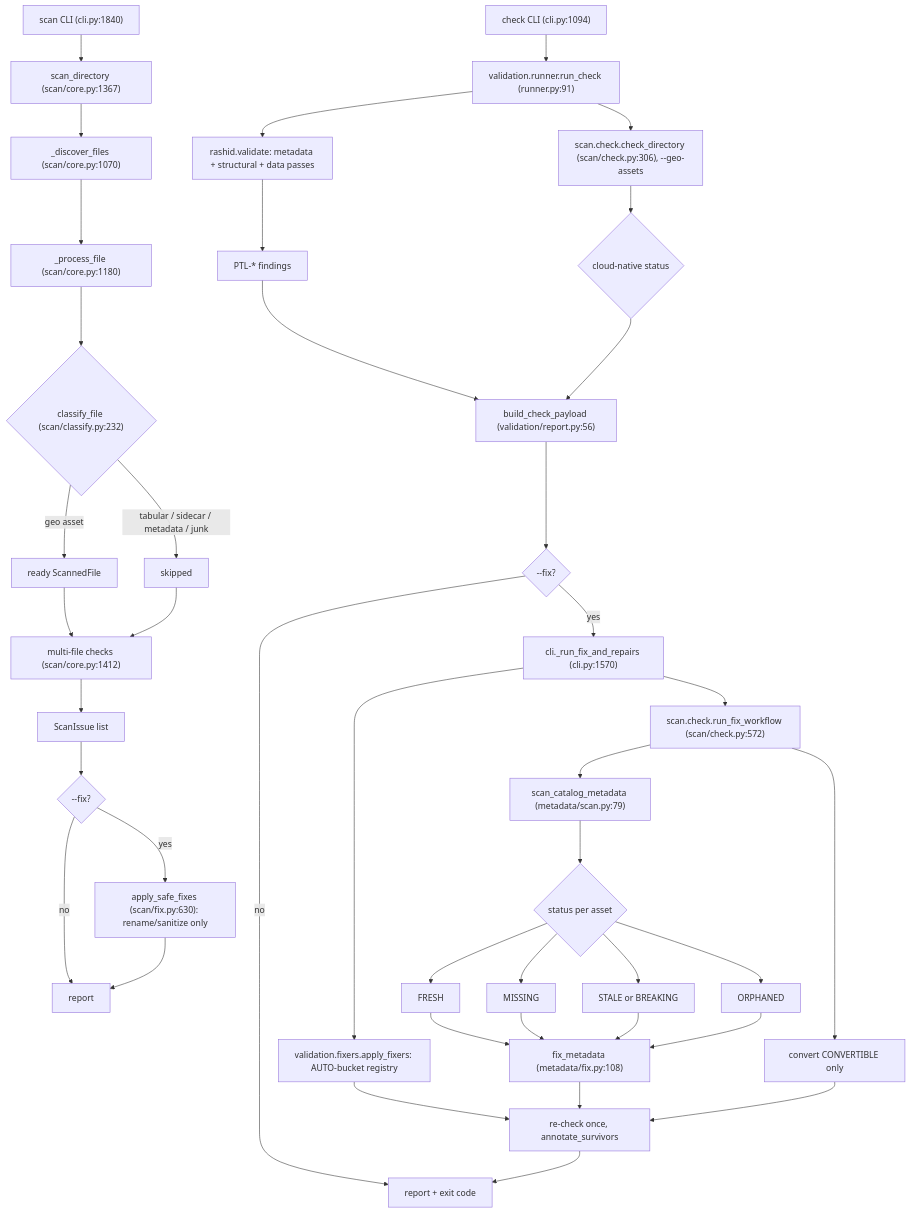
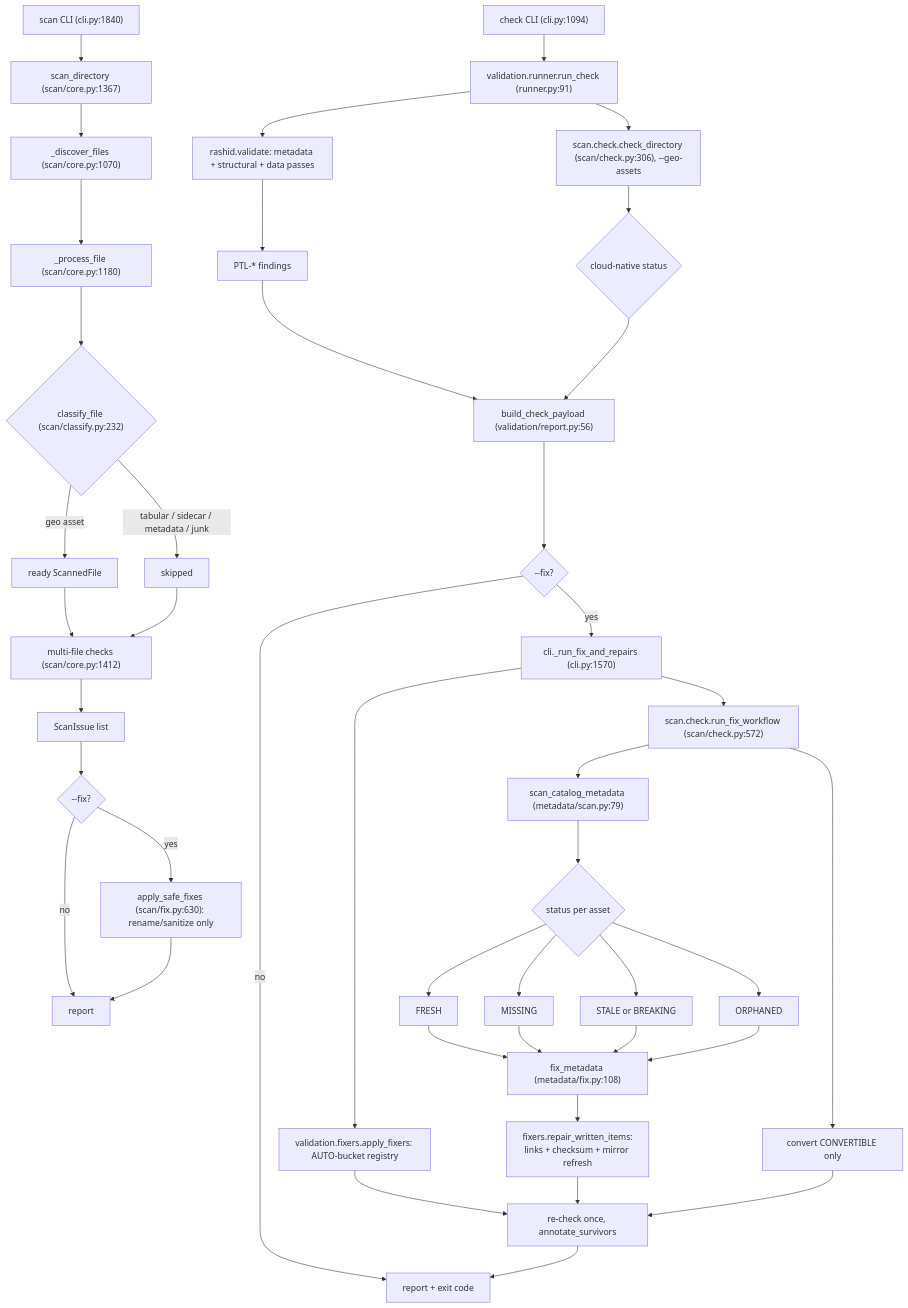
The diagram in .claude/rules/scan-check.md (portolan-sdi/portolan-cli), drawn with Mermaid before and after one commit. The commit also changed other lines of this file and 8 other files, not shown here.

````diff
--- a/.claude/rules/scan-check.md
+++ b/.claude/rules/scan-check.md
@@ -20,44 +20,45 @@
 ```mermaid
 flowchart TD
     SCLI["scan CLI (cli.py:1840)"] --> SDIR["scan_directory (scan/core.py:1367)"]
     SDIR --> DISC["_discover_files (scan/core.py:1070)"]
     DISC --> PROC["_process_file (scan/core.py:1180)"]
     PROC --> CLS{"classify_file (scan/classify.py:232)"}
     CLS -->|geo asset| READY[ready ScannedFile]
     CLS -->|tabular / sidecar / metadata / junk| SKIP[skipped]
     READY --> MULTI["multi-file checks (scan/core.py:1412)"]
     SKIP --> MULTI
     MULTI --> ISSUES[ScanIssue list]
     ISSUES --> SFIX{--fix?}
     SFIX -->|yes| SAFE["apply_safe_fixes (scan/fix.py:630): rename/sanitize only"]
     SFIX -->|no| SOUT[report]
     SAFE --> SOUT
 
     CCLI["check CLI (cli.py:1094)"] --> RUN["validation.runner.run_check (runner.py:91)"]
     RUN --> RASHID["rashid.validate: metadata + structural + data passes"]
     RUN --> GEO["scan.check.check_directory (scan/check.py:306), --geo-assets"]
     RASHID --> FIND["PTL-* findings"]
     GEO --> GSTAT{cloud-native status}
     FIND --> PAY["build_check_payload (validation/report.py:56)"]
     GSTAT --> PAY
     PAY --> CFIX{--fix?}
     CFIX -->|no| CREPORT[report + exit code]
     CFIX -->|yes| FIXR["cli._run_fix_and_repairs (cli.py:1570)"]
     FIXR --> AUTO["validation.fixers.apply_fixers: AUTO-bucket registry"]
     FIXR --> LEG["scan.check.run_fix_workflow (scan/check.py:572)"]
     LEG --> MSCAN["scan_catalog_metadata (metadata/scan.py:79)"]
     LEG --> FIXG[convert CONVERTIBLE only]
     MSCAN --> STAT{status per asset}
     STAT --> FRESH
     STAT --> MISSING
     STAT --> STALE[STALE or BREAKING]
     STAT --> ORPHANED
     FRESH --> FIXM["fix_metadata (metadata/fix.py:108)"]
     MISSING --> FIXM
     STALE --> FIXM
     ORPHANED --> FIXM
     AUTO --> RECHK["re-check once, annotate_survivors"]
-    FIXM --> RECHK
+    FIXM --> POST["fixers.repair_written_items:<br/>links + checksum + mirror refresh"]
+    POST --> RECHK
     FIXG --> RECHK
     RECHK --> CREPORT
 ```
````
